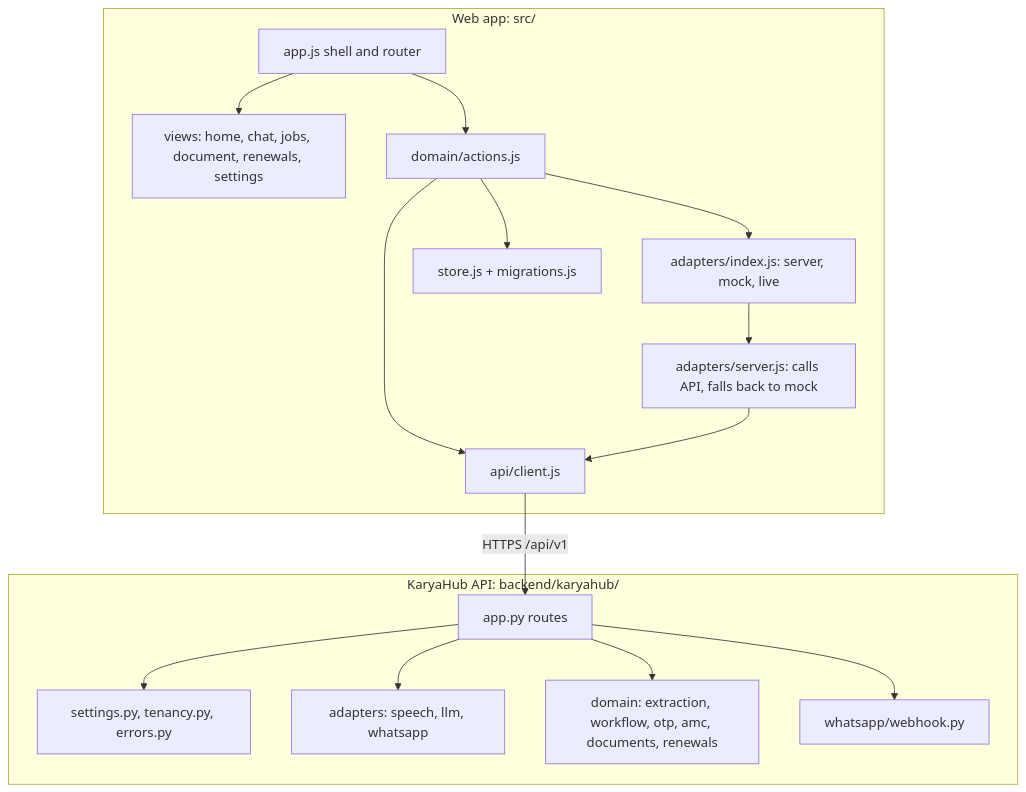
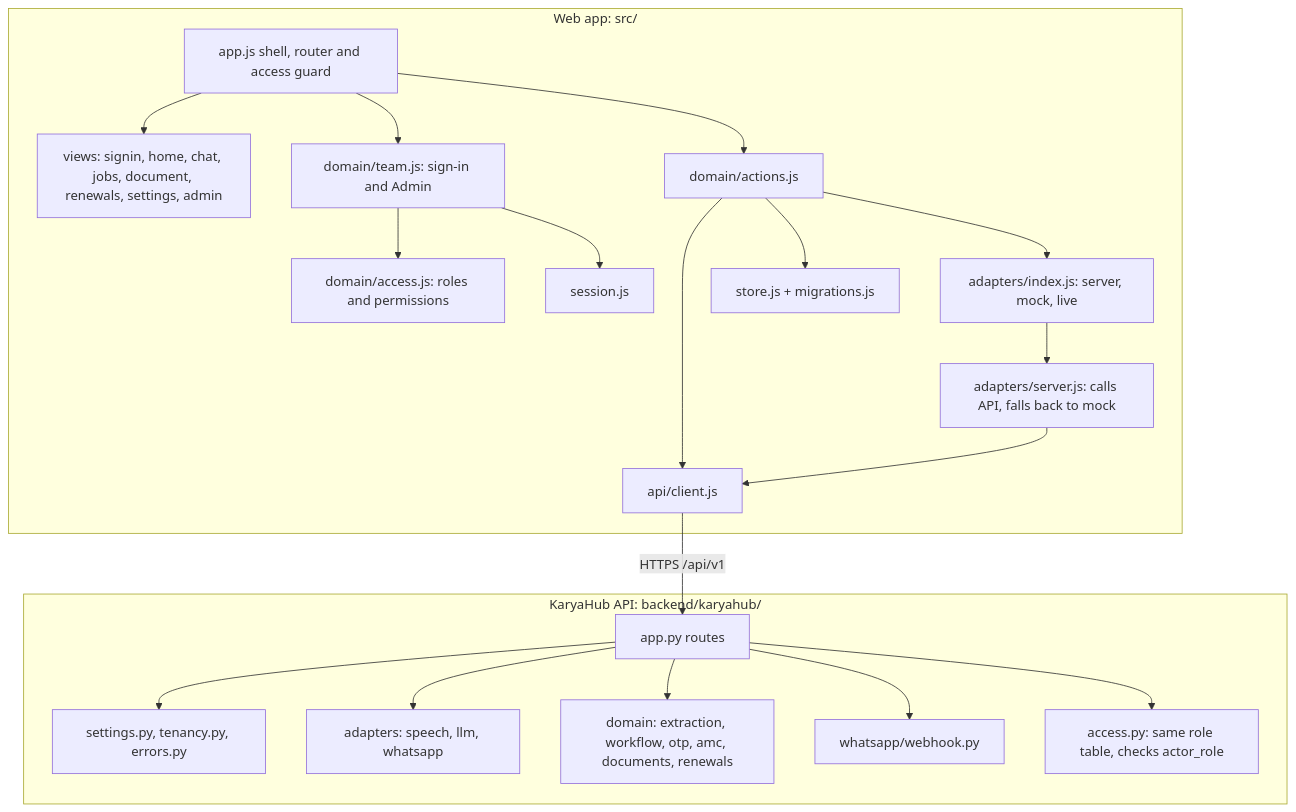
Before and after one commit to akkiverse/karyahub: the second of 2 diagrams in docs/architecture/ARCHITECTURE.md, drawn with Mermaid. The commit also changed other lines of this file and 13 other files, not shown here.

First line of the commit message:
KaryaHub CR-0003: change request, ADR-0010, spec, design, architecture, plan, test report and changelog

````diff
--- a/docs/architecture/ARCHITECTURE.md
+++ b/docs/architecture/ARCHITECTURE.md
@@ -24,19 +24,22 @@
 ```mermaid
 flowchart TB
   subgraph Web[Web app: src/]
-    SH[app.js shell and router] --> V[views: home, chat, jobs, document, renewals, settings]
+    SH[app.js shell, router and access guard] --> V[views: signin, home, chat, jobs, document, renewals, settings, admin]
+    SH --> TEAM[domain/team.js: sign-in and Admin] --> ACC[domain/access.js: roles and permissions]
+    TEAM --> SES[session.js]
     SH --> ACT[domain/actions.js]
     ACT --> AD[adapters/index.js: server, mock, live]
     AD --> SRV[adapters/server.js: calls API, falls back to mock]
     ACT --> CL[api/client.js]
     SRV --> CL
     ACT --> STO[store.js + migrations.js]
   end
   CL -->|HTTPS /api/v1| API
   subgraph Server[KaryaHub API: backend/karyahub/]
     API[app.py routes] --> SET[settings.py, tenancy.py, errors.py]
     API --> SAD[adapters: speech, llm, whatsapp]
     API --> DOM[domain: extraction, workflow, otp, amc, documents, renewals]
     API --> WH[whatsapp/webhook.py]
+    API --> SACC[access.py: same role table, checks actor_role]
   end
 ```
````
